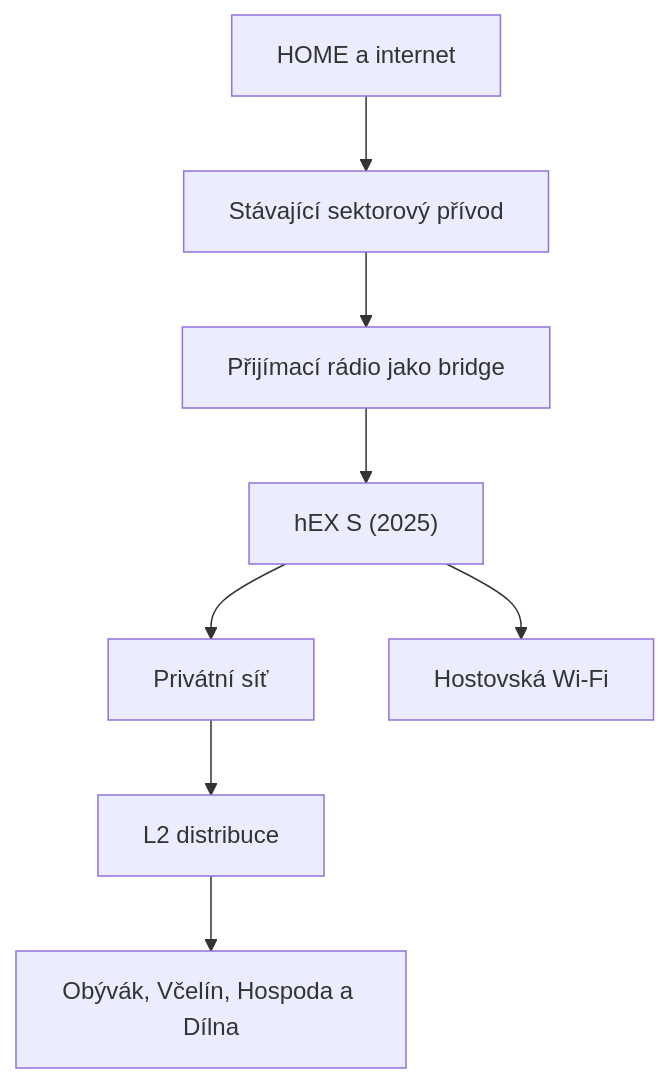
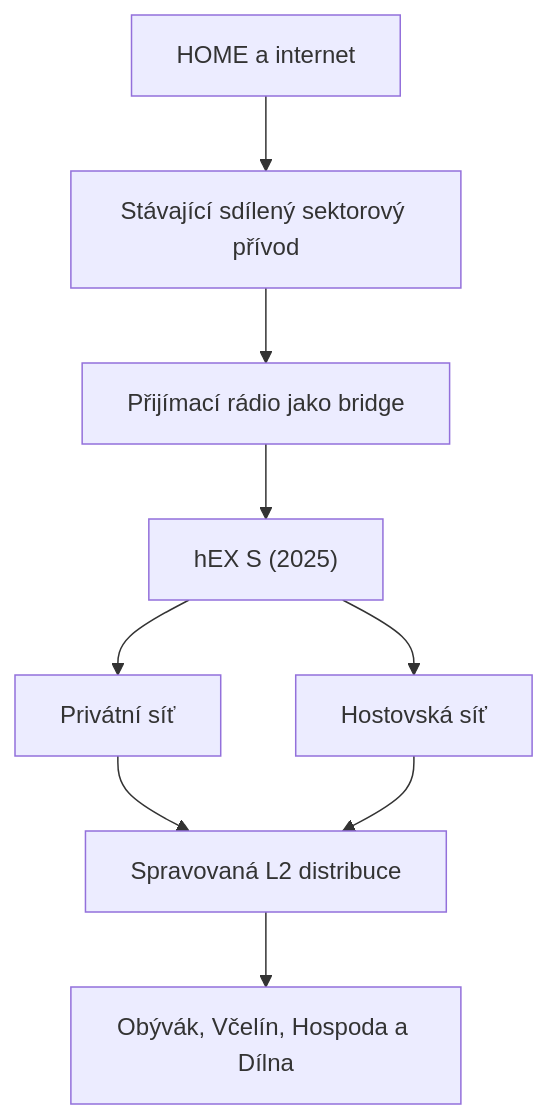
One commit to msporik/Madmike-infra changed the second of 2 diagrams in Rybniky-Amerika/Topologie.md. Above: the diagram before and after it, drawn with Mermaid. The commit also changed other lines of this file, not shown here.

````diff
--- a/Rybniky-Amerika/Topologie.md
+++ b/Rybniky-Amerika/Topologie.md
@@ -39,10 +43,11 @@
 ```mermaid
 flowchart TD
-    HOME["HOME a internet"] --> LINK["Stávající sektorový přívod"]
+    HOME["HOME a internet"] --> LINK["Stávající sdílený sektorový přívod"]
     LINK --> BRIDGE["Přijímací rádio jako bridge"]
     BRIDGE --> HEX["hEX S (2025)"]
     HEX --> PRIVATE["Privátní síť"]
-    HEX --> GUEST["Hostovská Wi-Fi"]
-    PRIVATE --> L2["L2 distribuce"]
+    HEX --> GUEST["Hostovská síť"]
+    PRIVATE --> L2["Spravovaná L2 distribuce"]
+    GUEST --> L2
     L2 --> BRANCHES["Obývák, Včelín, Hospoda a Dílna"]
 ```
````
